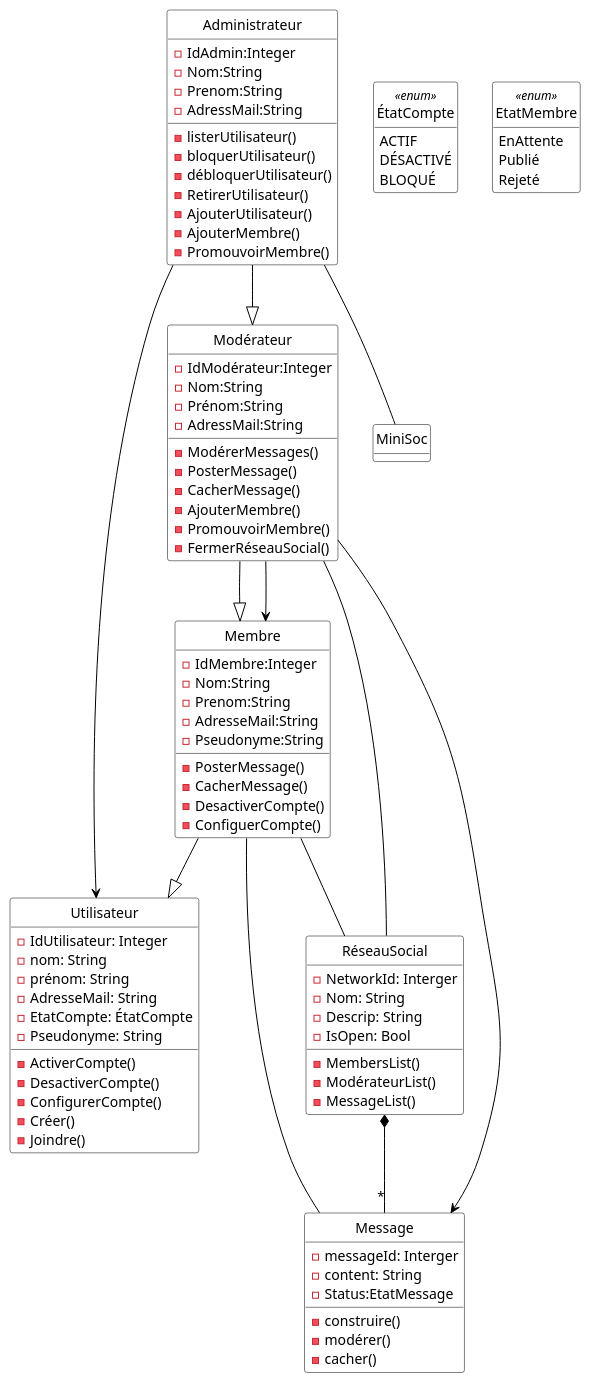
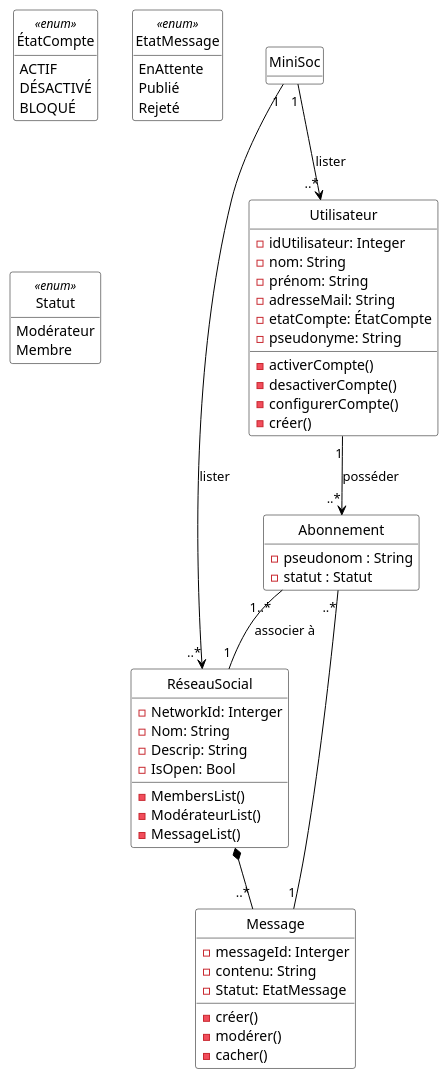
One commit to yesminete/MiniSocs changed the diagram in Diagrammes/minisocs_uml_diag_classes_sans_notif.pu. Above: the diagram before and after it, drawn with PlantUML. The commit also changed 3 other files, not shown here.

Commit message:
diagramme de classe v2.0

```diff
--- a/Diagrammes/minisocs_uml_diag_classes_sans_notif.pu
+++ b/Diagrammes/minisocs_uml_diag_classes_sans_notif.pu
@@ -1,122 +1,85 @@
 @startuml
 
 'Diagramme de classes (PlantUML)'
 
 'Configuration charte graphique'
 hide empty methods
 hide circle
 skinparam class {
   BackgroundColor White
   ArrowColor Black
   BorderColor Black
 }
 
 'Classes, énumérations, etc.'
 class RéseauSocial {
   -NetworkId: Interger
   -Nom: String
   -Descrip: String
   -IsOpen: Bool
   -MembersList()
   -ModérateurList()
   -MessageList()
 }
 
 
 class Utilisateur {
-  - IdUtilisateur: Integer
-  - nom: String
-  - prénom: String
-  - AdresseMail: String
-  -EtatCompte: ÉtatCompte
-  -Pseudonyme: String
-  -ActiverCompte()
-  -DesactiverCompte()
-  -ConfigurerCompte()
-  -Créer()
-  -Joindre()
+  -idUtilisateur: Integer
+  -nom: String
+  -prénom: String
+  -adresseMail: String
+  -etatCompte: ÉtatCompte
+  -pseudonyme: String
+  -activerCompte()
+  -desactiverCompte()
+  -configurerCompte()
+  -créer()
 }
 
 
-class Membre{
-  -IdMembre:Integer
-  -Nom:String
-  -Prenom:String
-  -AdresseMail:String
-  - Pseudonyme:String
-  -PosterMessage()
-  -CacherMessage()
-  -DesactiverCompte()
-  -ConfiguerCompte()
-}
-
-
-class Administrateur{
-  -IdAdmin:Integer
-  -Nom:String
-  -Prenom:String
-  -AdressMail:String
-  -listerUtilisateur()
-  -bloquerUtilisateur()
-  -débloquerUtilisateur()
-  -RetirerUtilisateur()
-  -AjouterUtilisateur()
-  -AjouterMembre()
-  -PromouvoirMembre()
-}
-class Modérateur {
-  -IdModérateur:Integer
-  -Nom:String
-  -Prénom:String
-  -AdressMail:String
-  -ModérerMessages()
-  -PosterMessage()
-  -CacherMessage()
-  -AjouterMembre()
-  -PromouvoirMembre()
-  -FermerRéseauSocial()
-  
+class Abonnement{
+  -pseudonom : String
+  -statut : Statut
 }
 
 class Message{
   -messageId: Interger
-  -content: String
-  -Status:EtatMessage
-  -construire()
+  -contenu: String
+  -Statut: EtatMessage
+  -créer()
   -modérer()
   -cacher()
 }
 
 class MiniSoc{
 }
 
 enum ÉtatCompte <<enum>> {
   ACTIF
   DÉSACTIVÉ
   BLOQUÉ
 }
 
-enum EtatMembre <<enum>>{
+enum EtatMessage <<enum>>{
   EnAttente
   Publié
   Rejeté
 }
+enum Statut <<enum>>{
+  Modérateur
+  Membre
+}
 
 'Associations, etc.'
 
-Administrateur--|> Modérateur
-Administrateur--> Utilisateur
-Administrateur-- MiniSoc
-Membre --|> Utilisateur 
-Modérateur --|> Membre
-Modérateur-->Membre
-Modérateur-- RéseauSocial
-Membre -- RéseauSocial
-Membre-- Message
-Modérateur-->Message
-RéseauSocial*--"*" Message
+MiniSoc "1" --> "..*" Utilisateur : lister
+MiniSoc "1" --> "..*" RéseauSocial : lister
+Utilisateur "1"-->"..*" Abonnement : posséder
+Abonnement "1..*"--"1" RéseauSocial : associer à
+Abonnement "..*"--"1" Message
+RéseauSocial *--"..*" Message
 
 
 'Au besoin, aides pour le positionnement'
 
 @enduml
```
